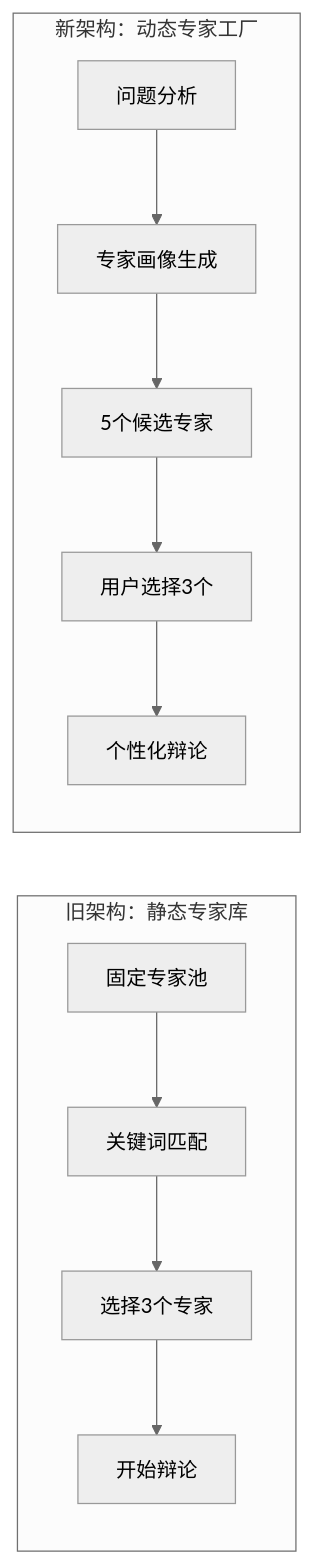
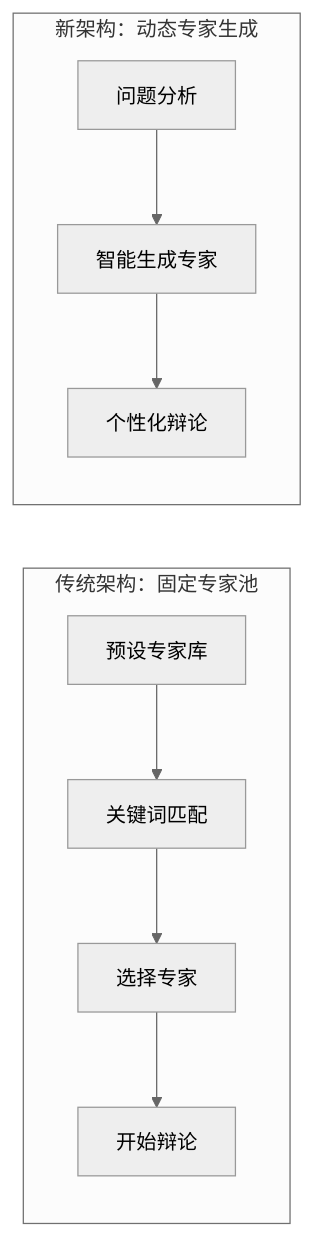
Before and after one commit to MitsudoAI/guru-pk-mcp: the second of 2 diagrams in README.md, drawn with Mermaid (neutral theme). The commit also changed other lines of this file, not shown here.

First line of the commit message:
docs: Comprehensively revise README.md to reflect dynamic expert generation architecture

````diff
--- a/README.md
+++ b/README.md
@@ -285,15 +192,13 @@
 ```mermaid
 graph LR
-    subgraph "旧架构：静态专家库"
-        A1[固定专家池] --> B1[关键词匹配]
-        B1 --> C1[选择3个专家] 
+    subgraph "传统架构：固定专家池"
+        A1[预设专家库] --> B1[关键词匹配]
+        B1 --> C1[选择专家] 
         C1 --> D1[开始辩论]
     end
     
-    subgraph "新架构：动态专家工厂"
-        A2[问题分析] --> B2[专家画像生成]
-        B2 --> C2[5个候选专家]
-        C2 --> D2[用户选择3个]
-        D2 --> E2[个性化辩论]
+    subgraph "新架构：动态专家生成"
+        A2[问题分析] --> B2[智能生成专家]
+        B2 --> C2[个性化辩论]
     end
 ```
````
